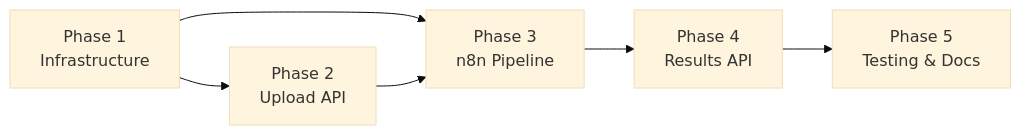
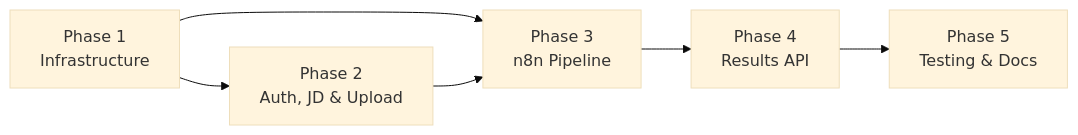
One commit to longnguyen005/SS2_Project_Resume-Analyzer-Job-Fit-Scoring changed the diagram in docs/ai/planning/feature-resume-analyzer.md. Above: the diagram before and after it, drawn with Mermaid (base theme). The commit also changed other lines of this file and 64 other files, not shown here.

````diff
--- a/docs/ai/planning/feature-resume-analyzer.md
+++ b/docs/ai/planning/feature-resume-analyzer.md
@@ -93,8 +123,8 @@
 ```mermaid
 graph LR
-    P1["Phase 1<br/>Infrastructure"] --> P2["Phase 2<br/>Upload API"]
+    P1["Phase 1<br/>Infrastructure"] --> P2["Phase 2<br/>Auth, JD & Upload"]
     P1 --> P3["Phase 3<br/>n8n Pipeline"]
     P2 --> P3
     P3 --> P4["Phase 4<br/>Results API"]
     P4 --> P5["Phase 5<br/>Testing & Docs"]
 ```
````
